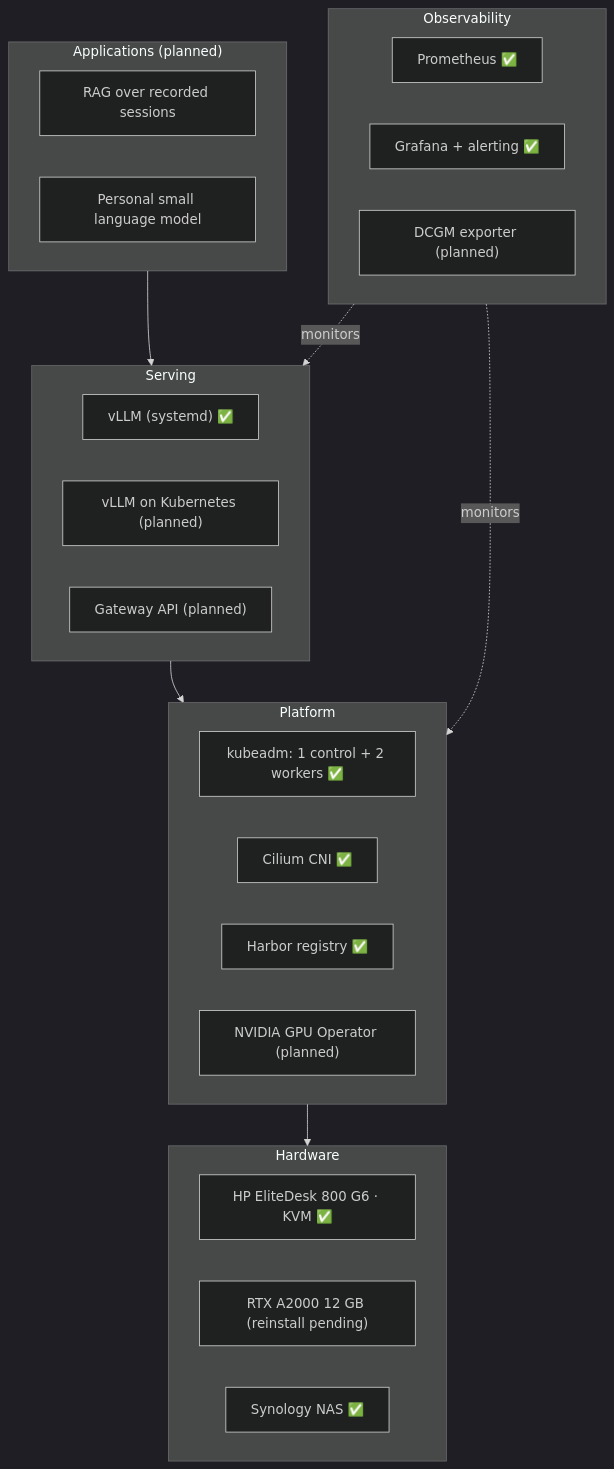
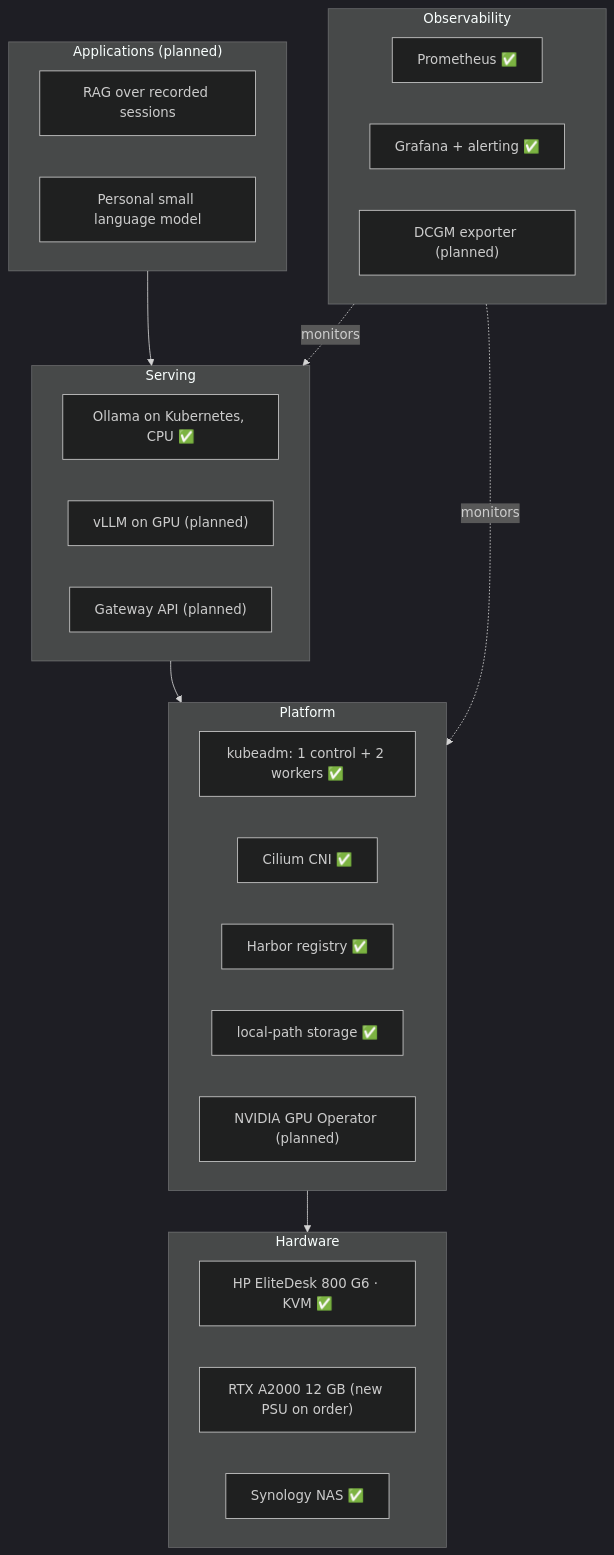
One commit to htatemura/homelab-llm-inference changed the diagram in README.md. Above: the diagram before and after it, drawn with Mermaid (dark theme). The commit also changed other lines of this file and 1 other file, not shown here.

Commit message:
Complete Phase 1: LLM serving on Kubernetes (CPU)

````diff
--- a/README.md
+++ b/README.md
@@ -21,31 +21,32 @@
 ```mermaid
 flowchart TB
     subgraph APP["Applications (planned)"]
         RAG["RAG over recorded sessions"]
         SLM["Personal small language model"]
     end
     subgraph SERVE["Serving"]
-        VLLM_SYS["vLLM (systemd) ✅"]
-        VLLM_K8S["vLLM on Kubernetes (planned)"]
+        OLLAMA["Ollama on Kubernetes, CPU ✅"]
+        VLLM_GPU["vLLM on GPU (planned)"]
         GW["Gateway API (planned)"]
     end
     subgraph PLAT["Platform"]
         K8S["kubeadm: 1 control + 2 workers ✅"]
         CILIUM["Cilium CNI ✅"]
         HARBOR["Harbor registry ✅"]
+        LOCALPATH["local-path storage ✅"]
         GPUOP["NVIDIA GPU Operator (planned)"]
     end
     subgraph OBS["Observability"]
         PROM["Prometheus ✅"]
         GRAF["Grafana + alerting ✅"]
         DCGM["DCGM exporter (planned)"]
     end
     subgraph HW["Hardware"]
         HOST["HP EliteDesk 800 G6 · KVM ✅"]
-        GPU["RTX A2000 12 GB (reinstall pending)"]
+        GPU["RTX A2000 12 GB (new PSU on order)"]
         NAS["Synology NAS ✅"]
     end
     APP --> SERVE --> PLAT --> HW
     OBS -.monitors.-> SERVE
     OBS -.monitors.-> PLAT
 ```
````
